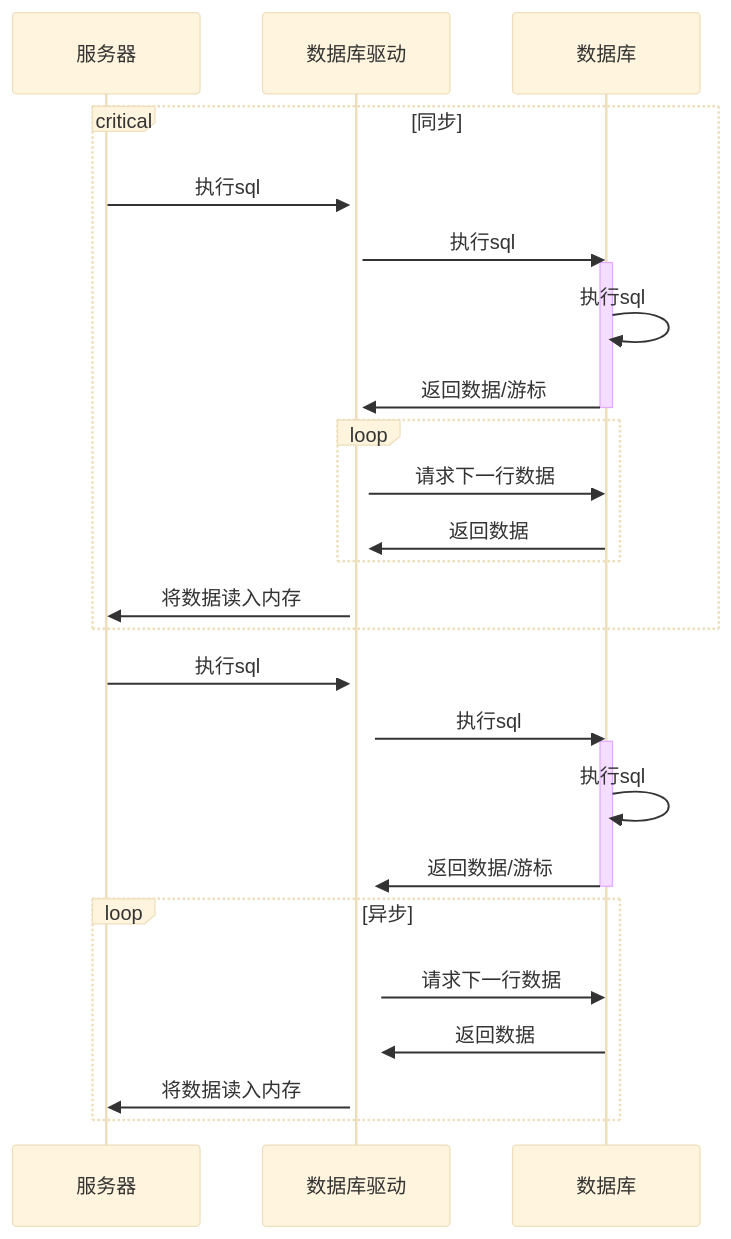
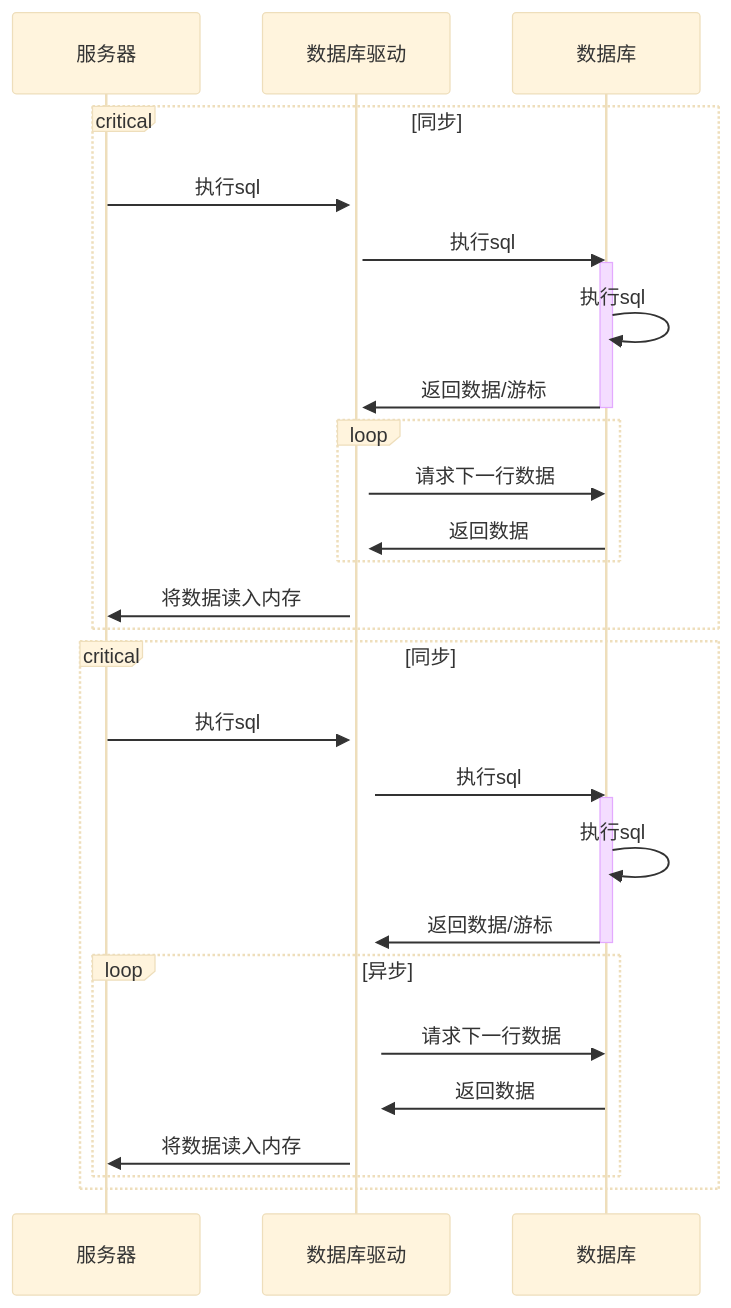
Before and after one commit to HY-10-8/iodraw-files: the diagram in all/AI-服务查询数据.md, drawn with Mermaid (base theme).

Commit message:
2025-11-27 17:54:20 update

````diff
--- a/all/AI-服务查询数据.md
+++ b/all/AI-服务查询数据.md
@@ -1,35 +1,37 @@
 ```mermaid
 sequenceDiagram
     
     critical 同步
-    服务器->>+数据库驱动: 执行sql
-    数据库驱动->>数据库:执行sql
+        服务器->>+数据库驱动: 执行sql
+        数据库驱动->>数据库:执行sql
 
-    activate 数据库
-    数据库->>数据库: 执行sql
-    数据库->>+数据库驱动: 返回数据/游标
-    deactivate 数据库
+        activate 数据库
+        数据库->>数据库: 执行sql
+        数据库->>+数据库驱动: 返回数据/游标
+        deactivate 数据库
 
         loop 
             数据库驱动->>数据库: 请求下一行数据
             数据库->>数据库驱动: 返回数据
         end
         数据库驱动->>服务器: 将数据读入内存
     end
 
 
-    服务器->>+数据库驱动: 执行sql
-    数据库驱动->>数据库:执行sql
+    critical 同步
+        服务器->>+数据库驱动: 执行sql
+        数据库驱动->>数据库:执行sql
 
-    activate 数据库
-    数据库->>数据库: 执行sql
-    数据库->>+数据库驱动: 返回数据/游标
-    deactivate 数据库
+        activate 数据库
+        数据库->>数据库: 执行sql
+        数据库->>+数据库驱动: 返回数据/游标
+        deactivate 数据库
 
-    loop 异步
-        数据库驱动->>数据库: 请求下一行数据
-        数据库->>数据库驱动: 返回数据
-        数据库驱动->>服务器: 将数据读入内存
+        loop 异步
+            数据库驱动->>数据库: 请求下一行数据
+            数据库->>数据库驱动: 返回数据
+            数据库驱动->>服务器: 将数据读入内存
+        end
     end
 
 ```
````
